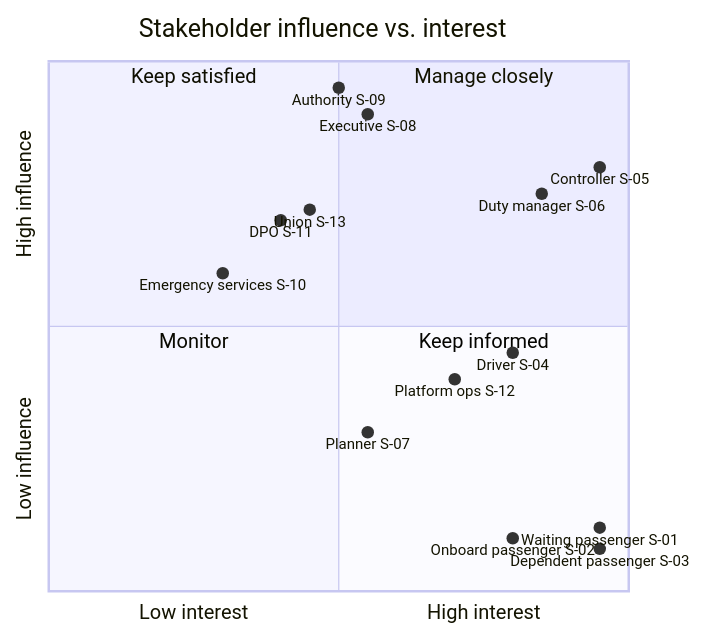
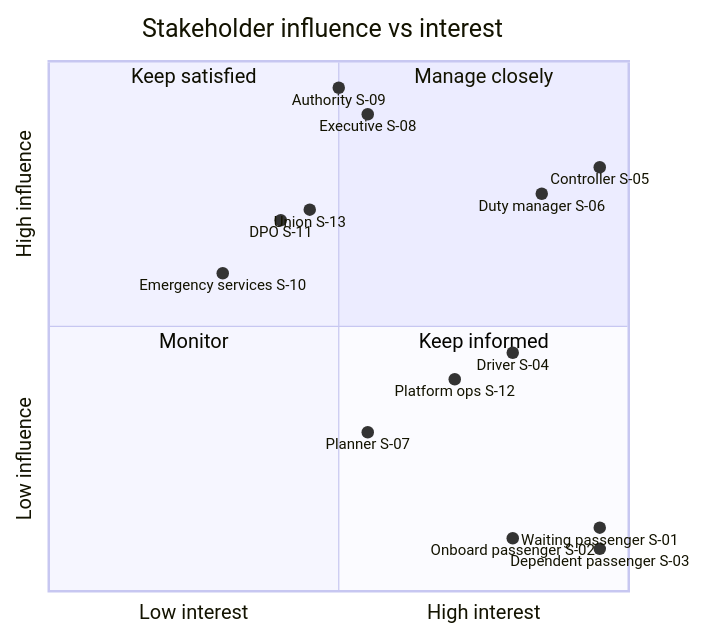
One commit to emekamnwoke-glitch/routeshield changed the diagram in docs/01-stage-one-architecture/phase-a-architecture-vision/stakeholder-map.md. Above: the diagram before and after it, drawn with Mermaid.

Commit message:
fix(phase-a): use unquoted labels in stakeholder quadrant chart
Quoted axis and quadrant labels render literally in older Mermaid parsers.

````diff
--- a/docs/01-stage-one-architecture/phase-a-architecture-vision/stakeholder-map.md
+++ b/docs/01-stage-one-architecture/phase-a-architecture-vision/stakeholder-map.md
@@ -161,23 +161,23 @@
 ```mermaid
 quadrantChart
-    title Stakeholder influence vs. interest
-    x-axis "Low interest" --> "High interest"
-    y-axis "Low influence" --> "High influence"
-    quadrant-1 "Manage closely"
-    quadrant-2 "Keep satisfied"
-    quadrant-3 "Monitor"
-    quadrant-4 "Keep informed"
-    "Controller S-05": [0.95, 0.80]
-    "Duty manager S-06": [0.85, 0.75]
-    "Driver S-04": [0.80, 0.45]
-    "Executive S-08": [0.55, 0.90]
-    "Authority S-09": [0.50, 0.95]
-    "Union S-13": [0.45, 0.72]
-    "DPO S-11": [0.40, 0.70]
-    "Platform ops S-12": [0.70, 0.40]
-    "Planner S-07": [0.55, 0.30]
-    "Waiting passenger S-01": [0.95, 0.12]
-    "Onboard passenger S-02": [0.80, 0.10]
-    "Dependent passenger S-03": [0.95, 0.08]
-    "Emergency services S-10": [0.30, 0.60]
+    title Stakeholder influence vs interest
+    x-axis Low interest --> High interest
+    y-axis Low influence --> High influence
+    quadrant-1 Manage closely
+    quadrant-2 Keep satisfied
+    quadrant-3 Monitor
+    quadrant-4 Keep informed
+    Controller S-05: [0.95, 0.80]
+    Duty manager S-06: [0.85, 0.75]
+    Driver S-04: [0.80, 0.45]
+    Executive S-08: [0.55, 0.90]
+    Authority S-09: [0.50, 0.95]
+    Union S-13: [0.45, 0.72]
+    DPO S-11: [0.40, 0.70]
+    Platform ops S-12: [0.70, 0.40]
+    Planner S-07: [0.55, 0.30]
+    Waiting passenger S-01: [0.95, 0.12]
+    Onboard passenger S-02: [0.80, 0.10]
+    Dependent passenger S-03: [0.95, 0.08]
+    Emergency services S-10: [0.30, 0.60]
 ```
````
